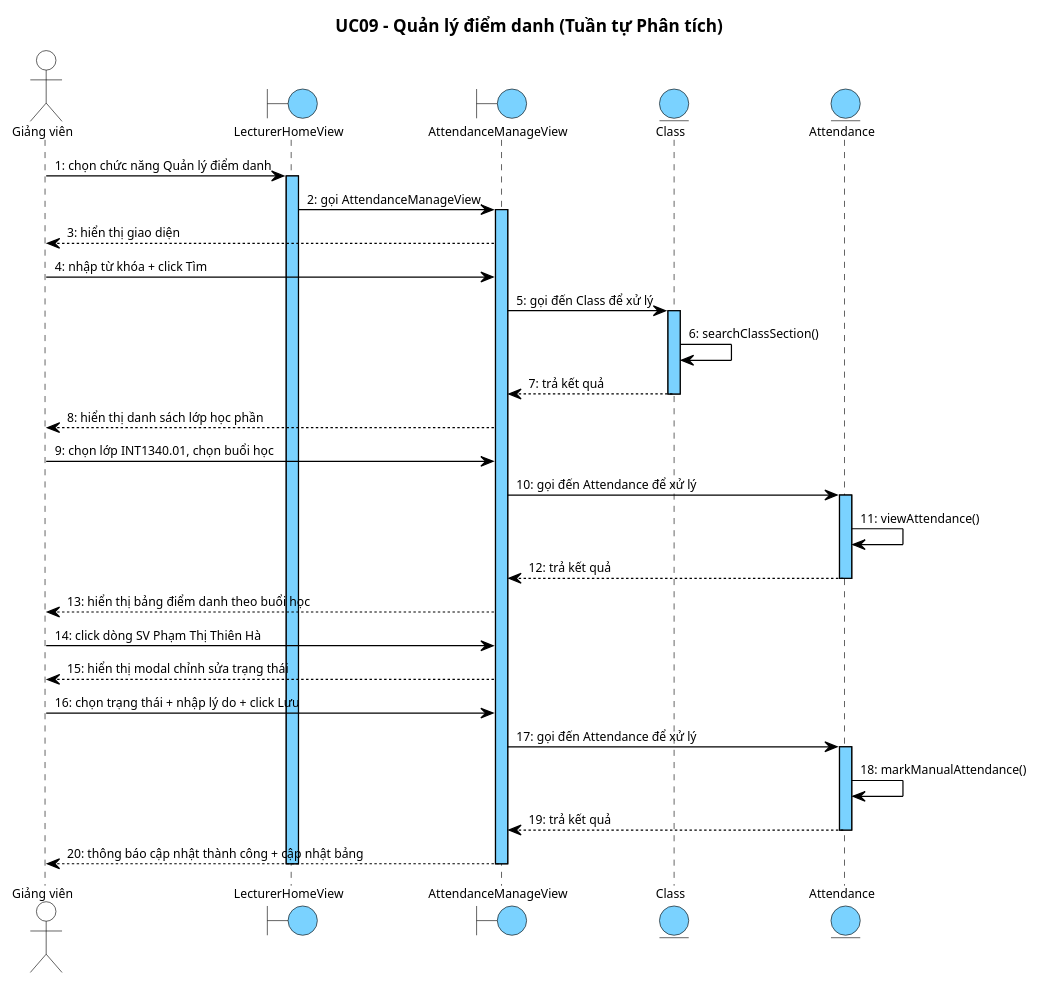
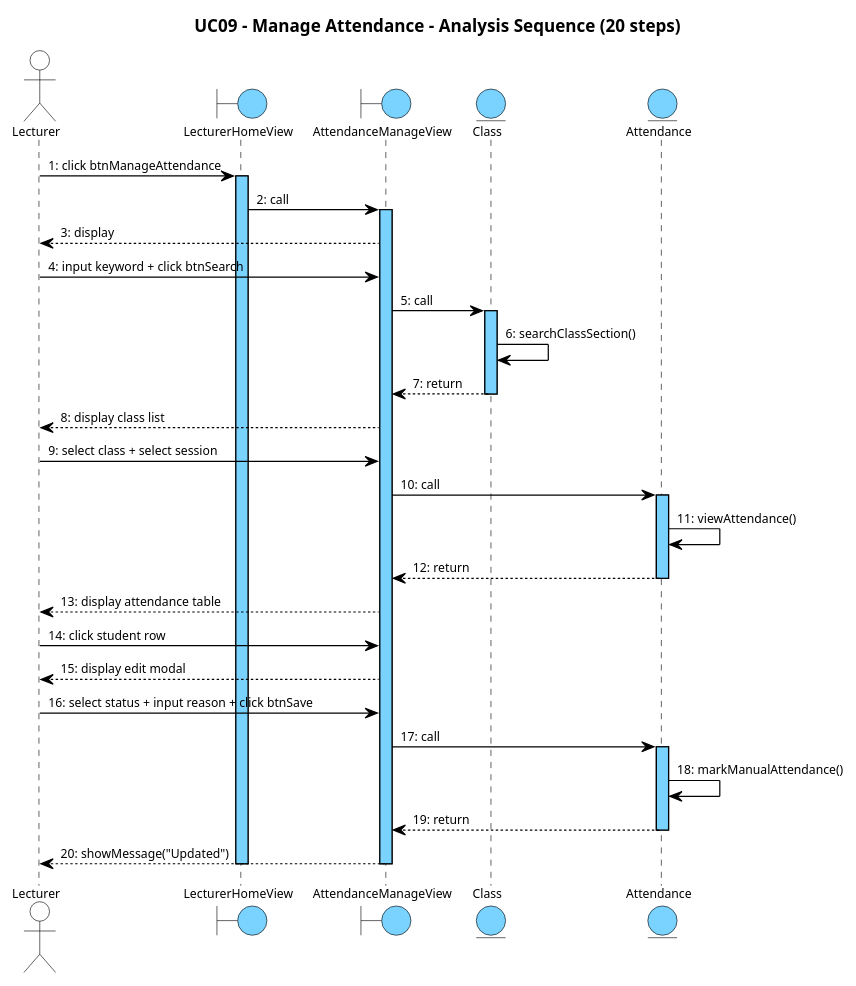
One commit to thanhtrnnn/universe changed diagram 11 of 20 in report/md/module3_attendance_grades.md. Above: the diagram before and after it, drawn with PlantUML. The commit also changed other lines of this file and 27 other files, not shown here.

First line of the commit message:
feat(module3): rewrite II.4+III.4 seq diagrams per updated cnpm skill; sync skill from remote

```diff
--- a/report/md/module3_attendance_grades.md
+++ b/report/md/module3_attendance_grades.md
@@ -642,49 +675,78 @@
   FontName "Arial"
   FontSize 10
   FontColor #000000
-  boundary { BackgroundColor #7AD2FF; LineColor #000000 }
-  entity { BackgroundColor #7AD2FF; LineColor #000000 }
-  actor { BackgroundColor transparent; LineColor #000000 }
-  lifeline { LineColor #000000; LineStyle 5-5 }
-  arrow { LineColor #000000; LineThickness 1; FontSize 10 }
+
+  participant {
+    BackgroundColor #7AD2FF
+    LineColor #000000
+    LineThickness 1
+  }
+
+  actor {
+    BackgroundColor transparent
+    LineColor #000000
+  }
+  boundary {
+    BackgroundColor #7AD2FF
+    LineColor #000000
+  }
+  control {
+    BackgroundColor #7AD2FF
+    LineColor #000000
+  }
+  entity {
+    BackgroundColor #7AD2FF
+    LineColor #000000
+  }
+
+  lifeline {
+    LineColor #000000
+    LineStyle 5-5
+  }
+
+  arrow {
+    LineColor #000000
+    LineThickness 1
+    FontSize 10
+  }
 }
 </style>
-title UC09 – Quản lý điểm danh (Tuần tự Phân tích)
+title UC09 – Manage Attendance – Analysis Sequence (20 steps)
 
-actor "Giảng viên" as GV
+actor "Lecturer" as Actor
 boundary LecturerHomeView
 boundary AttendanceManageView
 entity Class
 entity Attendance
 
-GV -> LecturerHomeView : 1: chọn chức năng Quản lý điểm danh
+Actor -> LecturerHomeView : 1: click btnManageAttendance
 activate LecturerHomeView
-LecturerHomeView -> AttendanceManageView : 2: gọi AttendanceManageView
+LecturerHomeView -> AttendanceManageView : 2: call
 activate AttendanceManageView
-AttendanceManageView --> GV : 3: hiển thị giao diện
-GV -> AttendanceManageView : 4: nhập từ khóa + click Tìm
-AttendanceManageView -> Class : 5: gọi đến Class để xử lý
+AttendanceManageView --> Actor : 3: display
+Actor -> AttendanceManageView : 4: input keyword + click btnSearch
+AttendanceManageView -> Class : 5: call
 activate Class
 Class -> Class : 6: searchClassSection()
-Class --> AttendanceManageView : 7: trả kết quả
+Class --> AttendanceManageView : 7: return
 deactivate Class
-AttendanceManageView --> GV : 8: hiển thị danh sách lớp học phần
-GV -> AttendanceManageView : 9: chọn lớp INT1340.01, chọn buổi học
-AttendanceManageView -> Attendance : 10: gọi đến Attendance để xử lý
+AttendanceManageView --> Actor : 8: display class list
+Actor -> AttendanceManageView : 9: select class + select session
+AttendanceManageView -> Attendance : 10: call
 activate Attendance
 Attendance -> Attendance : 11: viewAttendance()
-Attendance --> AttendanceManageView : 12: trả kết quả
+Attendance --> AttendanceManageView : 12: return
 deactivate Attendance
-AttendanceManageView --> GV : 13: hiển thị bảng điểm danh theo buổi học
-GV -> AttendanceManageView : 14: click dòng SV Phạm Thị Thiên Hà
-AttendanceManageView --> GV : 15: hiển thị modal chỉnh sửa trạng thái
-GV -> AttendanceManageView : 16: chọn trạng thái + nhập lý do + click Lưu
-AttendanceManageView -> Attendance : 17: gọi đến Attendance để xử lý
+AttendanceManageView --> Actor : 13: display attendance table
+Actor -> AttendanceManageView : 14: click student row
+AttendanceManageView --> Actor : 15: display edit modal
+Actor -> AttendanceManageView : 16: select status + input reason + click btnSave
+AttendanceManageView -> Attendance : 17: call
 activate Attendance
 Attendance -> Attendance : 18: markManualAttendance()
-Attendance --> AttendanceManageView : 19: trả kết quả
+Attendance --> AttendanceManageView : 19: return
 deactivate Attendance
-AttendanceManageView --> GV : 20: thông báo cập nhật thành công + cập nhật bảng
+AttendanceManageView --> Actor : 20: showMessage("Updated")
 deactivate AttendanceManageView
 deactivate LecturerHomeView
 @enduml
```
